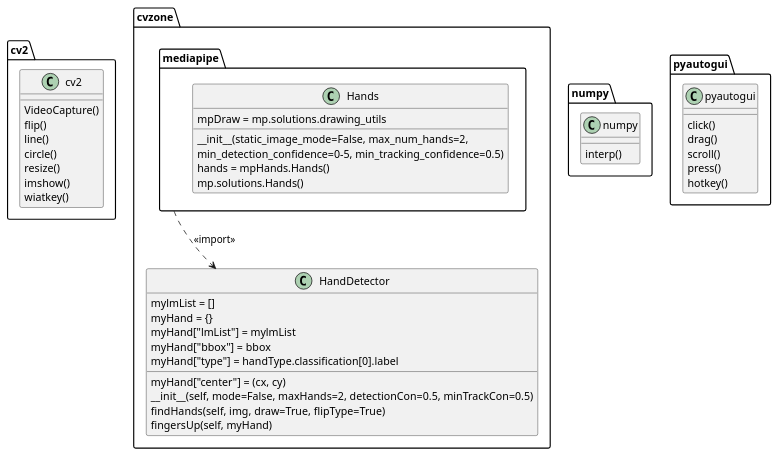
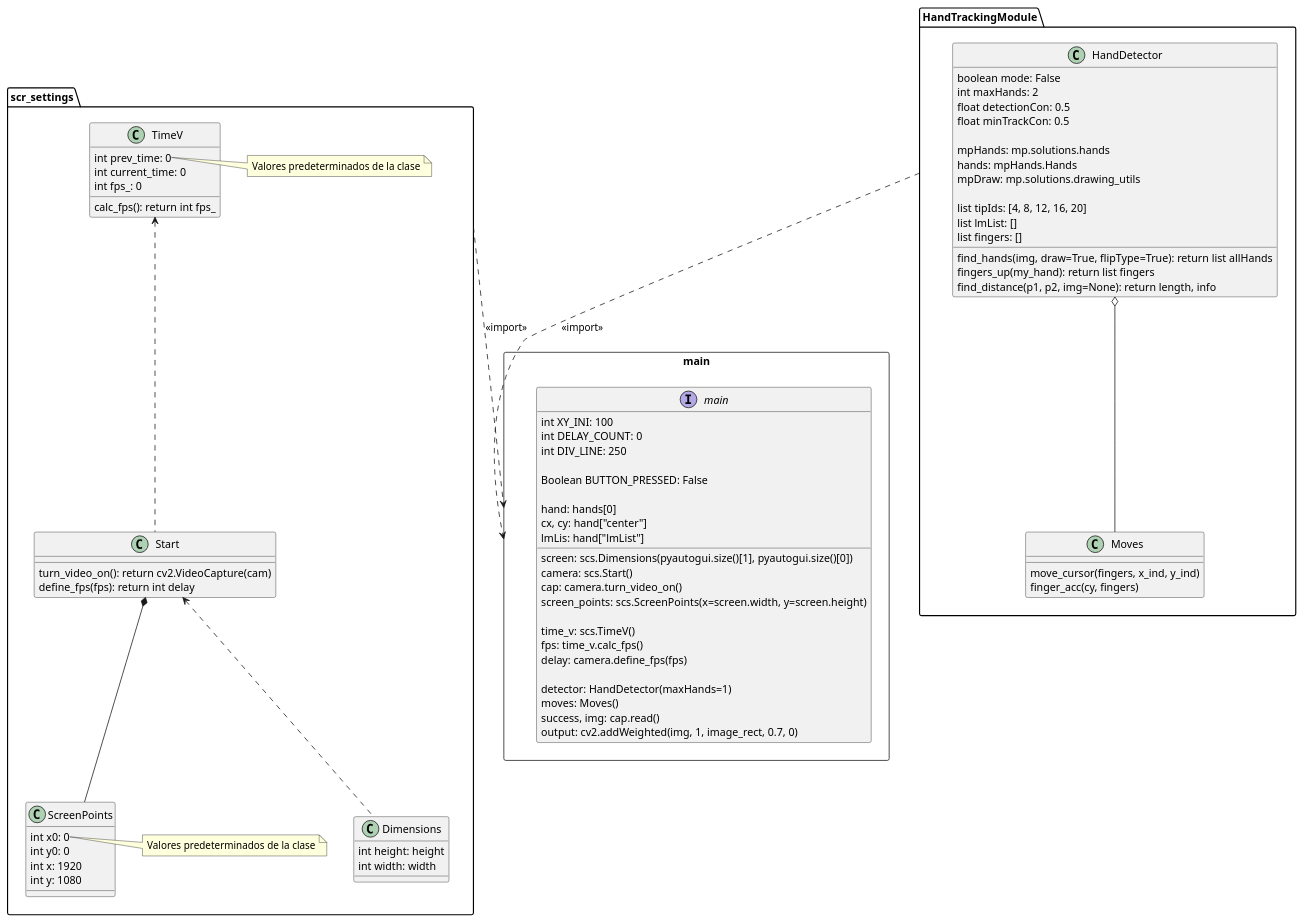
One commit to Slrosales/HandCursor changed the diagram in UML/UML_Packages.puml. Above: the diagram before and after it, drawn with PlantUML.

```diff
--- a/UML/UML_Packages.puml
+++ b/UML/UML_Packages.puml
@@ -1,56 +1,99 @@
 @startuml
-  package cv2{
-    class cv2{
-      VideoCapture()
-      flip()
-      line()
-      circle()
-      resize()
-      imshow()
-      wiatkey()
-    }
-  }
 
+package scr_settings{
+class Dimensions{
+int height: height
+int width: width
+}
 
-  package cvzone{
-    package mediapipe{
-      class Hands{
-        __init__(static_image_mode=False, max_num_hands=2,
-        min_detection_confidence=0-5, min_tracking_confidence=0.5)
-        mpDraw = mp.solutions.drawing_utils
+class TimeV{
+int prev_time: 0
+int current_time: 0
+int fps_: 0
 
-        hands = mpHands.Hands()
-        mp.solutions.Hands()
-       }
-     }
-      class HandDetector{
-        mylmList = []
-        myHand = {}
-        myHand["lmList"] = mylmList
-        myHand["bbox"] = bbox
-        myHand["center"] = (cx, cy)
-        myHand["type"] = handType.classification[0].label
+calc_fps(): return int fps_
+}
 
-        __init__(self, mode=False, maxHands=2, detectionCon=0.5, minTrackCon=0.5)
-        findHands(self, img, draw=True, flipType=True)
-        fingersUp(self, myHand)
-      }
-      mediapipe..> HandDetector: <<import>>
-   }
-      package numpy{
-      Class numpy{
-      interp()
-    }
-  }
+note right of TimeV::prev_time
+Valores predeterminados de la clase
+end note
 
+class ScreenPoints{
+int x0: 0
+int y0: 0
+int x: 1920
+int y: 1080
+}
 
-  package pyautogui{
-    Class pyautogui{
-      click()
-      drag()
-      scroll()
-      press()
-      hotkey()
-    }
-  }
+note right of ScreenPoints::x0
+Valores predeterminados de la clase
+end note
+
+class Start{
+turn_video_on(): return cv2.VideoCapture(cam)
+define_fps(fps): return int delay
+}
+}
+
+package HandTrackingModule{
+class HandDetector{
+boolean mode: False
+int maxHands: 2
+float detectionCon: 0.5
+float minTrackCon: 0.5
+
+mpHands: mp.solutions.hands
+hands: mpHands.Hands
+mpDraw: mp.solutions.drawing_utils
+
+list tipIds: [4, 8, 12, 16, 20]
+list lmList: []
+list fingers: []
+
+find_hands(img, draw=True, flipType=True): return list allHands
+fingers_up(my_hand): return list fingers
+find_distance(p1, p2, img=None): return length, info
+}
+
+class Moves{
+move_cursor(fingers, x_ind, y_ind)
+finger_acc(cy, fingers)
+}
+}
+Start *-- ScreenPoints
+Start <.. Dimensions
+TimeV <.. Start
+HandDetector o-- Moves
+
+package main <<rectangle>>{
+interface main{
+int XY_INI: 100
+int DELAY_COUNT: 0
+int DIV_LINE: 250
+
+Boolean BUTTON_PRESSED: False
+
+hand: hands[0]
+cx, cy: hand["center"]
+lmLis: hand["lmList"]
+
+screen: scs.Dimensions(pyautogui.size()[1], pyautogui.size()[0])
+camera: scs.Start()
+cap: camera.turn_video_on()
+screen_points: scs.ScreenPoints(x=screen.width, y=screen.height)
+
+time_v: scs.TimeV()
+fps: time_v.calc_fps()
+delay: camera.define_fps(fps)
+
+detector: HandDetector(maxHands=1)
+moves: Moves()
+success, img: cap.read()
+output: cv2.addWeighted(img, 1, image_rect, 0.7, 0)
+}
+}
+
+HandTrackingModule..> main: <<import>>
+scr_settings..> main: <<import>>
+
 @enduml
```
